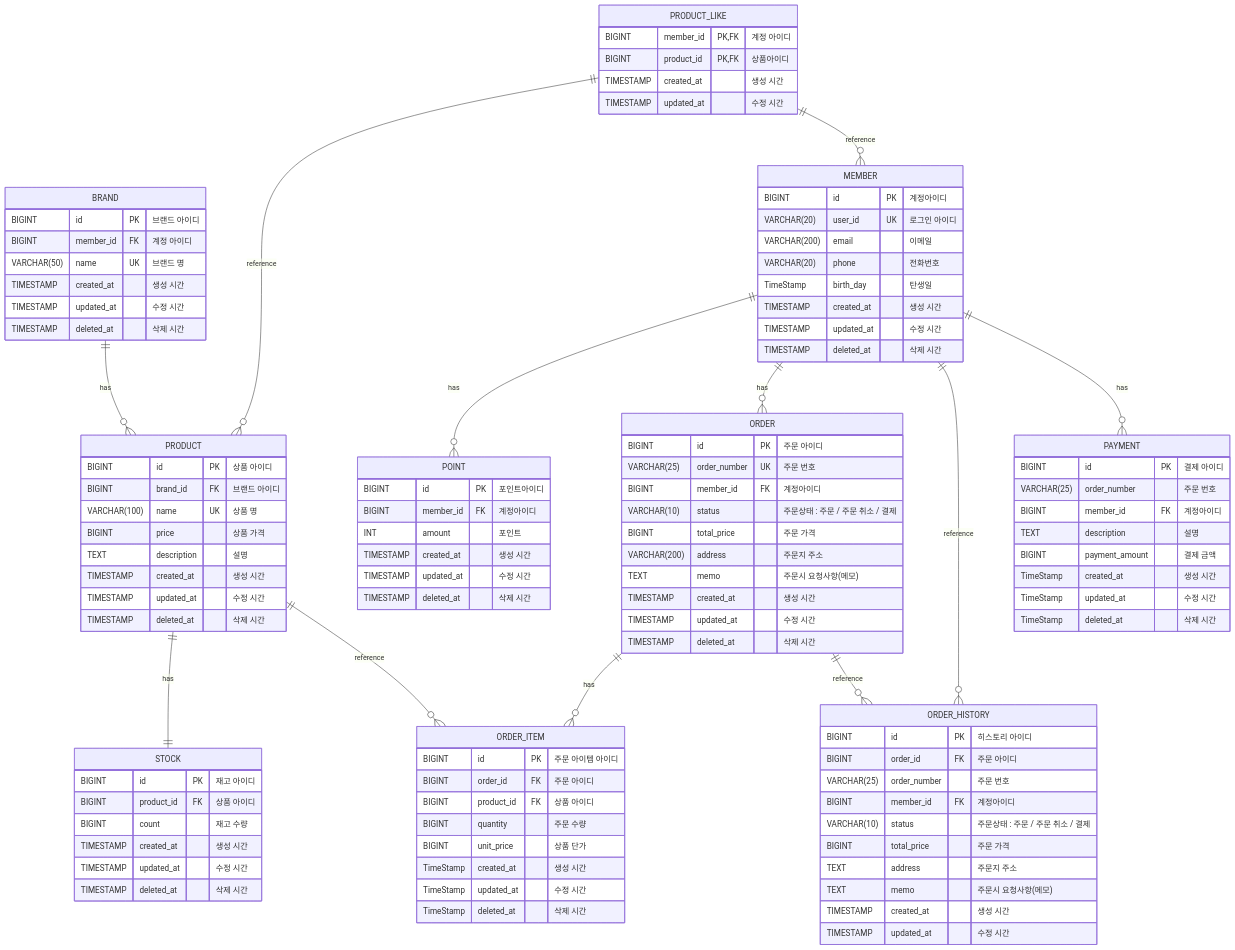
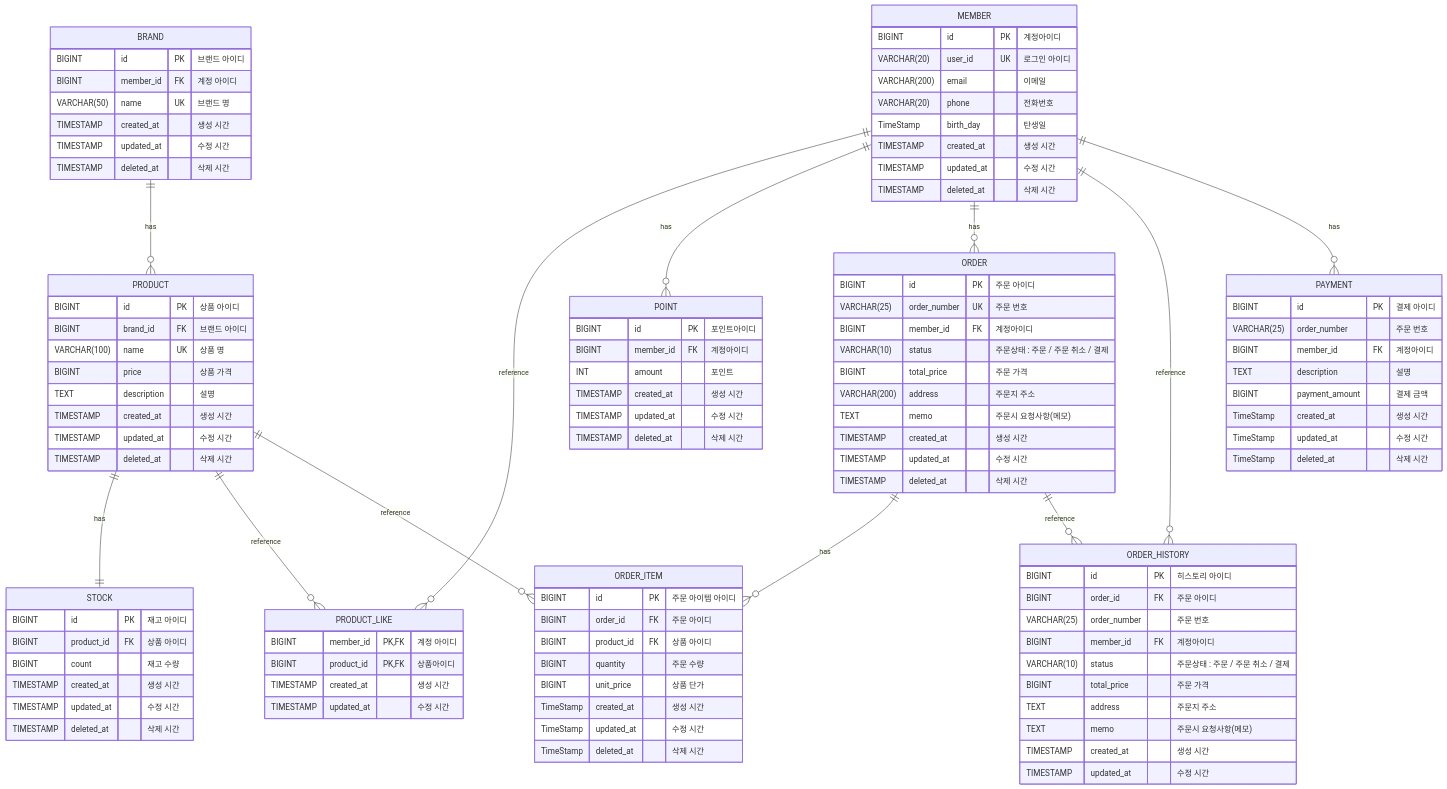
One commit to Roopers-Team-6/younghun changed the diagram in apps/commerce-api/docs/desigin/04-erd.md. Above: the diagram before and after it, drawn with Mermaid.

Commit message:
doc: erd 다이어그램 작성 - PRODUCT_LIKE 연관관계 조정

```diff
--- a/apps/commerce-api/docs/desigin/04-erd.md
+++ b/apps/commerce-api/docs/desigin/04-erd.md
@@ -132,8 +132,8 @@
 BRAND ||--o{PRODUCT : has
 PRODUCT || -- || STOCK : has
 
-PRODUCT_LIKE || -- o{ PRODUCT : reference
-PRODUCT_LIKE || -- o{ MEMBER : reference
+PRODUCT || -- o{PRODUCT_LIKE  : reference
+MEMBER || -- o{PRODUCT_LIKE : reference
 
 MEMBER || -- o{ POINT : has
 
```
